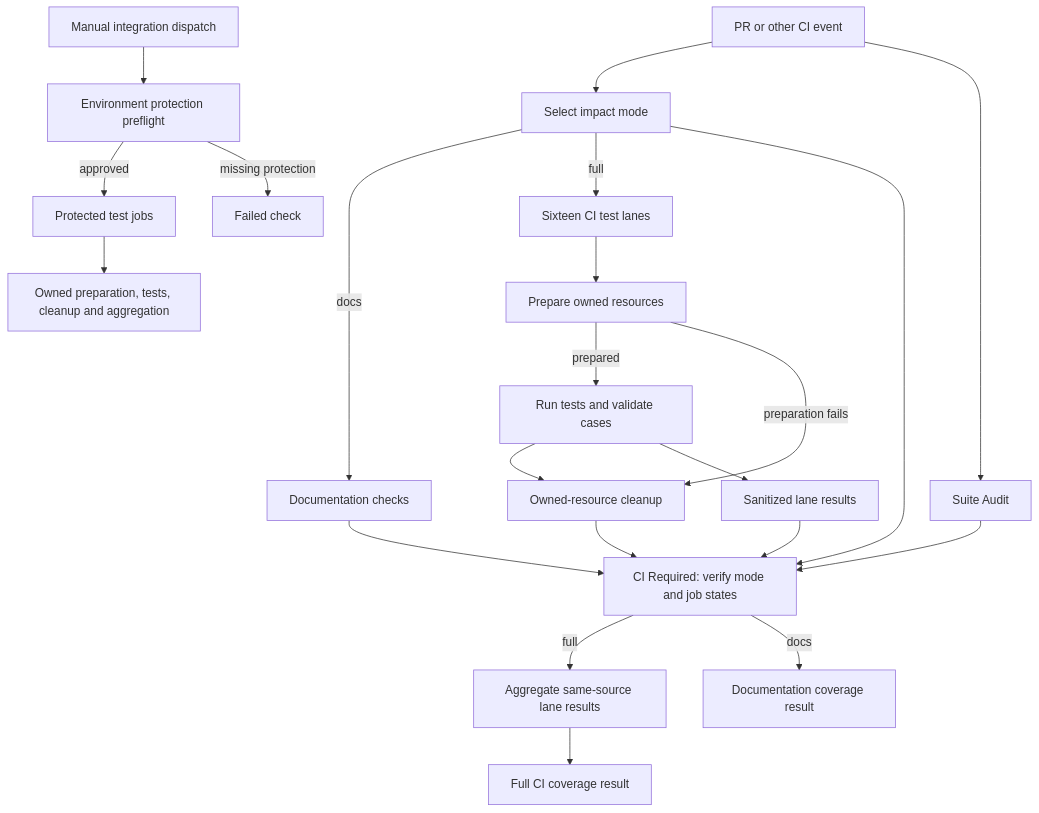
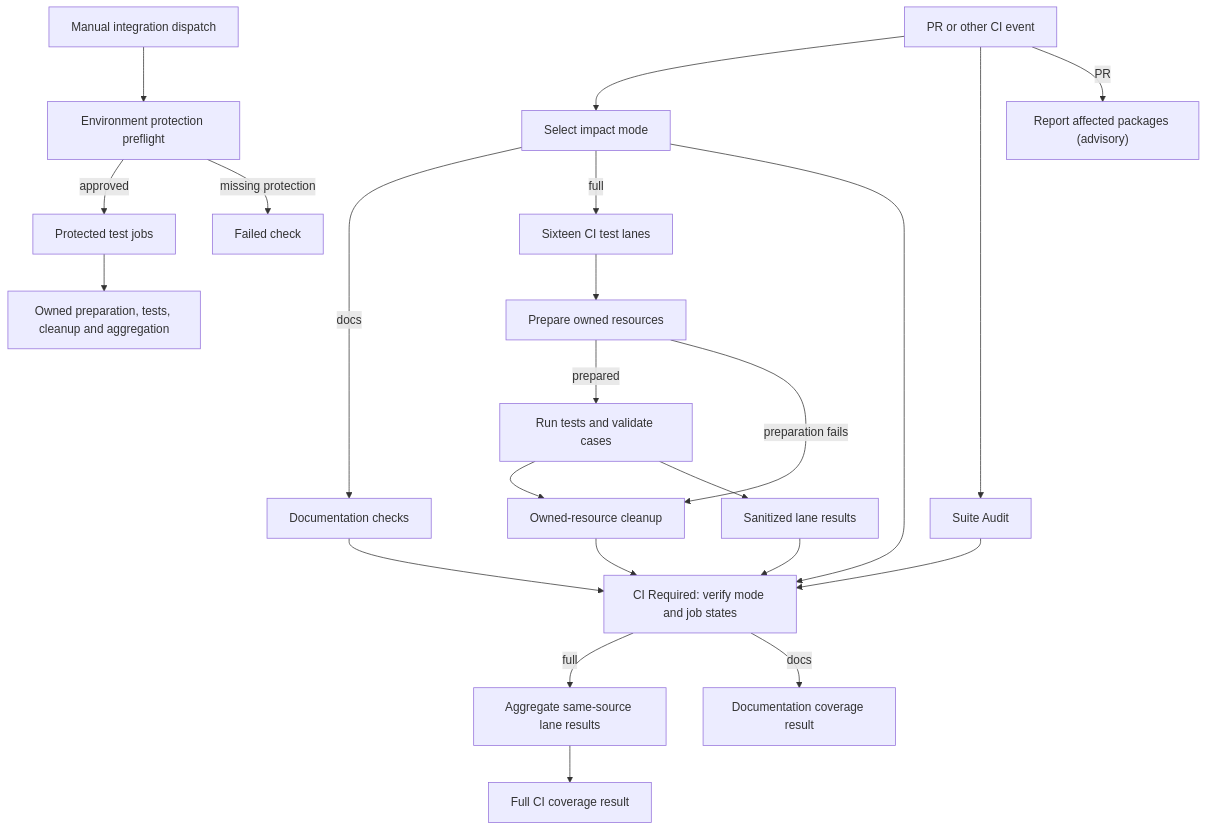
One commit to IsaiahStapleton/openclaw-enterprise changed the diagram in docs/flows/github-actions-testing.md. Above: the diagram before and after it, drawn with Mermaid. The commit also changed other lines of this file and 4 other files, not shown here.

Commit message:
ci: report affected TypeScript workspace packages

````diff
--- a/docs/flows/github-actions-testing.md
+++ b/docs/flows/github-actions-testing.md
@@ -21,24 +21,25 @@
 ```mermaid
 graph TD
   A["PR or other CI event"] --> S["Select impact mode"]
   A --> N["Suite Audit"]
+  A -->|PR| Q["Report affected packages (advisory)"]
   S -->|docs| D["Documentation checks"]
   S -->|full| B["Sixteen CI test lanes"]
   B --> F["Prepare owned resources"]
   F -->|prepared| H["Run tests and validate cases"]
   F -->|preparation fails| J["Owned-resource cleanup"]
   H --> J
   H --> K["Sanitized lane results"]
   J --> G["CI Required: verify mode and job states"]
   S --> G
   N --> G
   D --> G
   K --> G
   G -->|full| L["Aggregate same-source lane results"]
   G -->|docs| M["Documentation coverage result"]
   L --> R["Full CI coverage result"]
   C["Manual integration dispatch"] --> P["Environment protection preflight"]
   P -->|approved| E["Protected test jobs"]
   P -->|missing protection| X["Failed check"]
   E --> T["Owned preparation, tests, cleanup and aggregation"]
 ```
````
